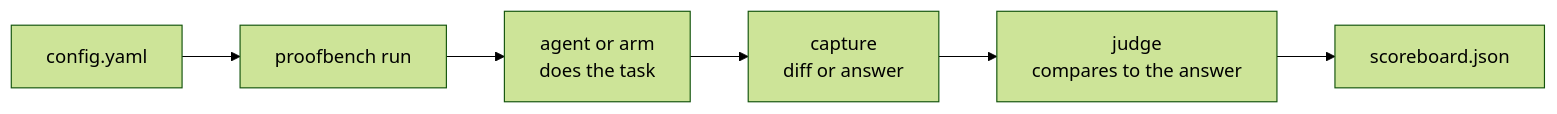
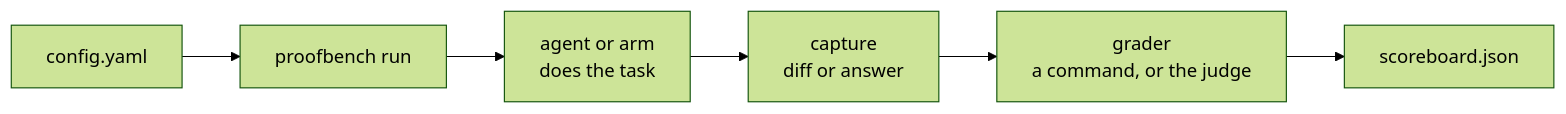
One commit to CodeBlackwell/proofbench changed the diagram in README.md. Above: the diagram before and after it, drawn with Mermaid (forest theme). The commit also changed other lines of this file and 28 other files, not shown here.

````diff
--- a/README.md
+++ b/README.md
@@ -74,8 +113,8 @@
 ```mermaid
 flowchart LR
   config["config.yaml"] --> bench["proofbench run"]
   bench --> agent["agent or arm<br/>does the task"]
   agent --> capture["capture<br/>diff or answer"]
-  capture --> judge["judge<br/>compares to the answer"]
+  capture --> judge["grader<br/>a command, or the judge"]
   judge --> board["scoreboard.json"]
 ```
````
